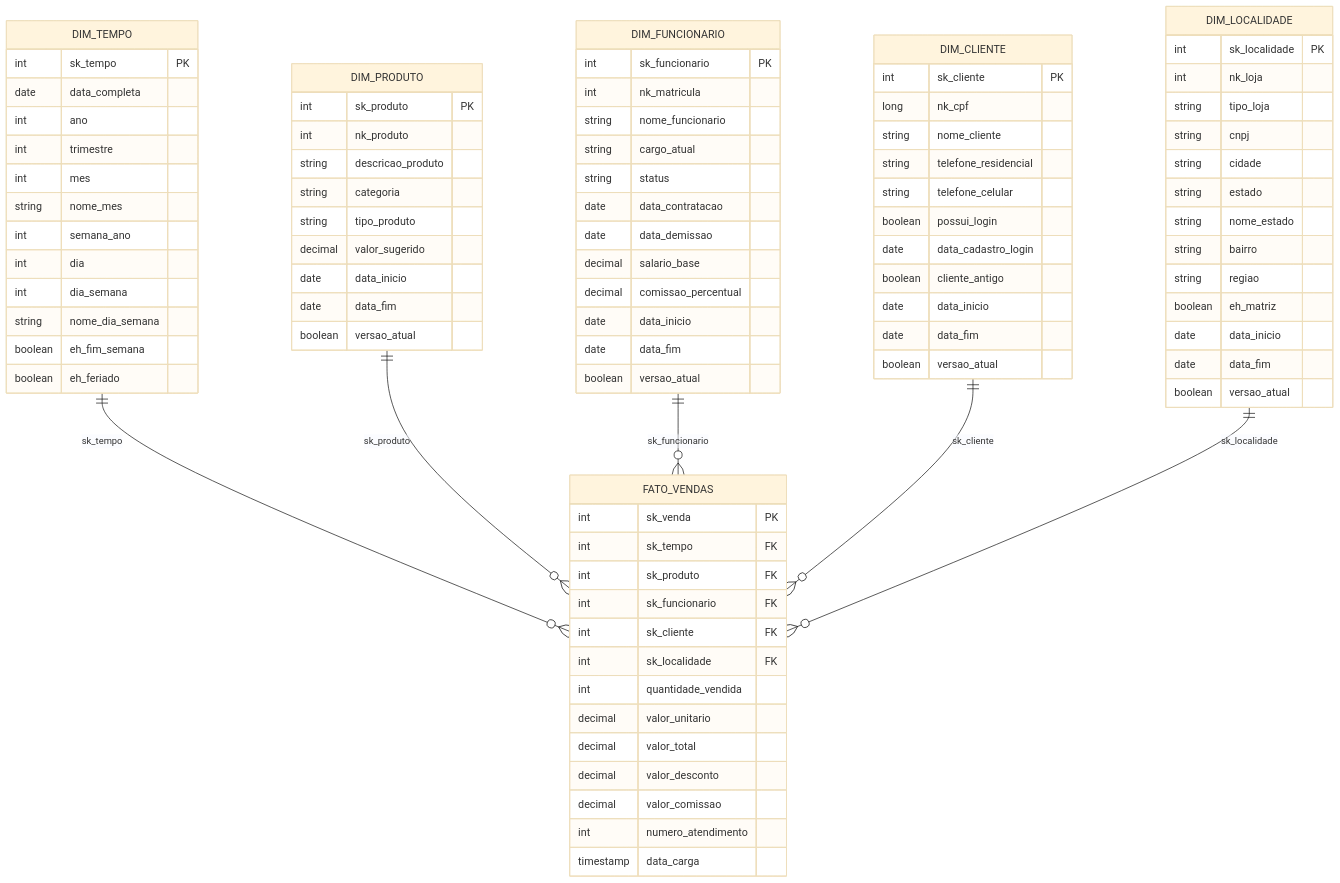
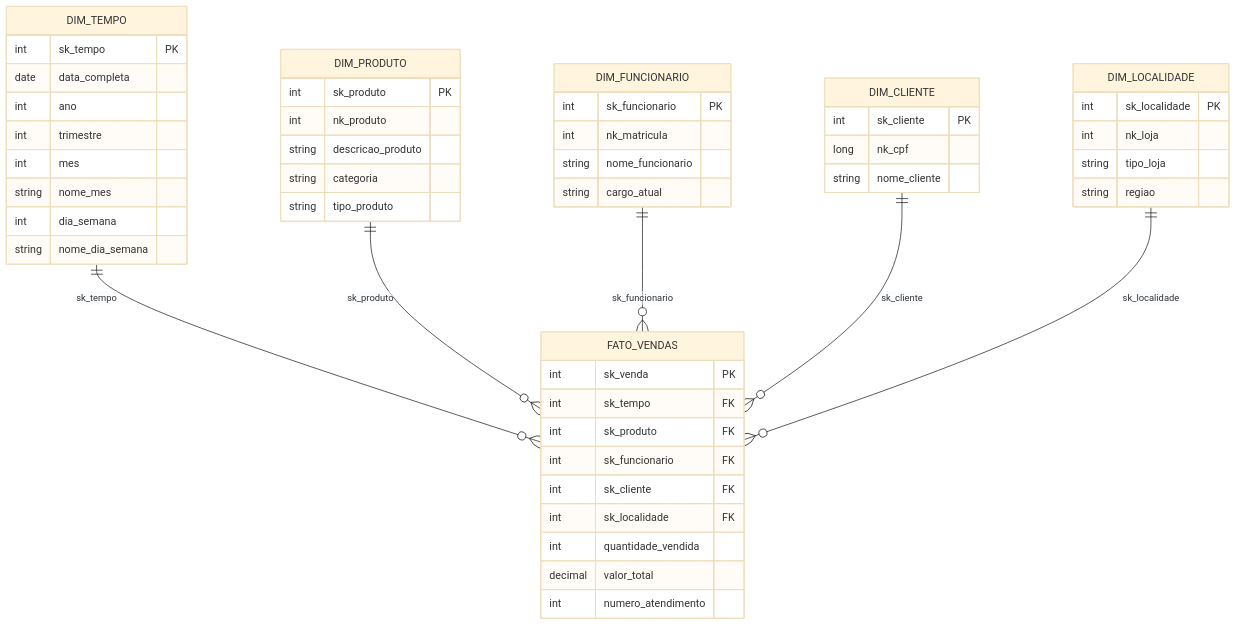
Before and after one commit to FellipeGabriel/dw_bdiii: the second of 3 diagrams in dw_varejo_structure_mermaid_v2 (1).md, drawn with Mermaid (base theme). The commit also changed other lines of this file, not shown here.

````diff
--- a/dw_varejo_structure_mermaid_v2 (1).md
+++ b/dw_varejo_structure_mermaid_v2 (1).md
@@ -50,12 +50,8 @@
     int      trimestre
     int      mes
     string   nome_mes
-    int      semana_ano
-    int      dia
     int      dia_semana
     string   nome_dia_semana
-    boolean  eh_fim_semana
-    boolean  eh_feriado
   }
 
   DIM_PRODUTO {
@@ -64,10 +60,6 @@
     string   descricao_produto
     string   categoria
     string   tipo_produto
-    decimal  valor_sugerido
-    date     data_inicio
-    date     data_fim
-    boolean  versao_atual
   }
 
   DIM_FUNCIONARIO {
@@ -75,44 +67,19 @@
     int      nk_matricula
     string   nome_funcionario
     string   cargo_atual
-    string   status
-    date     data_contratacao
-    date     data_demissao
-    decimal  salario_base
-    decimal  comissao_percentual
-    date     data_inicio
-    date     data_fim
-    boolean  versao_atual
   }
 
   DIM_CLIENTE {
     int      sk_cliente PK
     long     nk_cpf
     string   nome_cliente
-    string   telefone_residencial
-    string   telefone_celular
-    boolean  possui_login
-    date     data_cadastro_login
-    boolean  cliente_antigo
-    date     data_inicio
-    date     data_fim
-    boolean  versao_atual
   }
 
   DIM_LOCALIDADE {
     int      sk_localidade PK
     int      nk_loja
     string   tipo_loja
-    string   cnpj
-    string   cidade
-    string   estado
-    string   nome_estado
-    string   bairro
     string   regiao
-    boolean  eh_matriz
-    date     data_inicio
-    date     data_fim
-    boolean  versao_atual
   }
 
   FATO_VENDAS {
@@ -123,11 +90,7 @@
     int      sk_cliente FK
     int      sk_localidade FK
     int      quantidade_vendida
-    decimal  valor_unitario
     decimal  valor_total
-    decimal  valor_desconto
-    decimal  valor_comissao
     int      numero_atendimento
-    timestamp data_carga
   }
 ```
````
